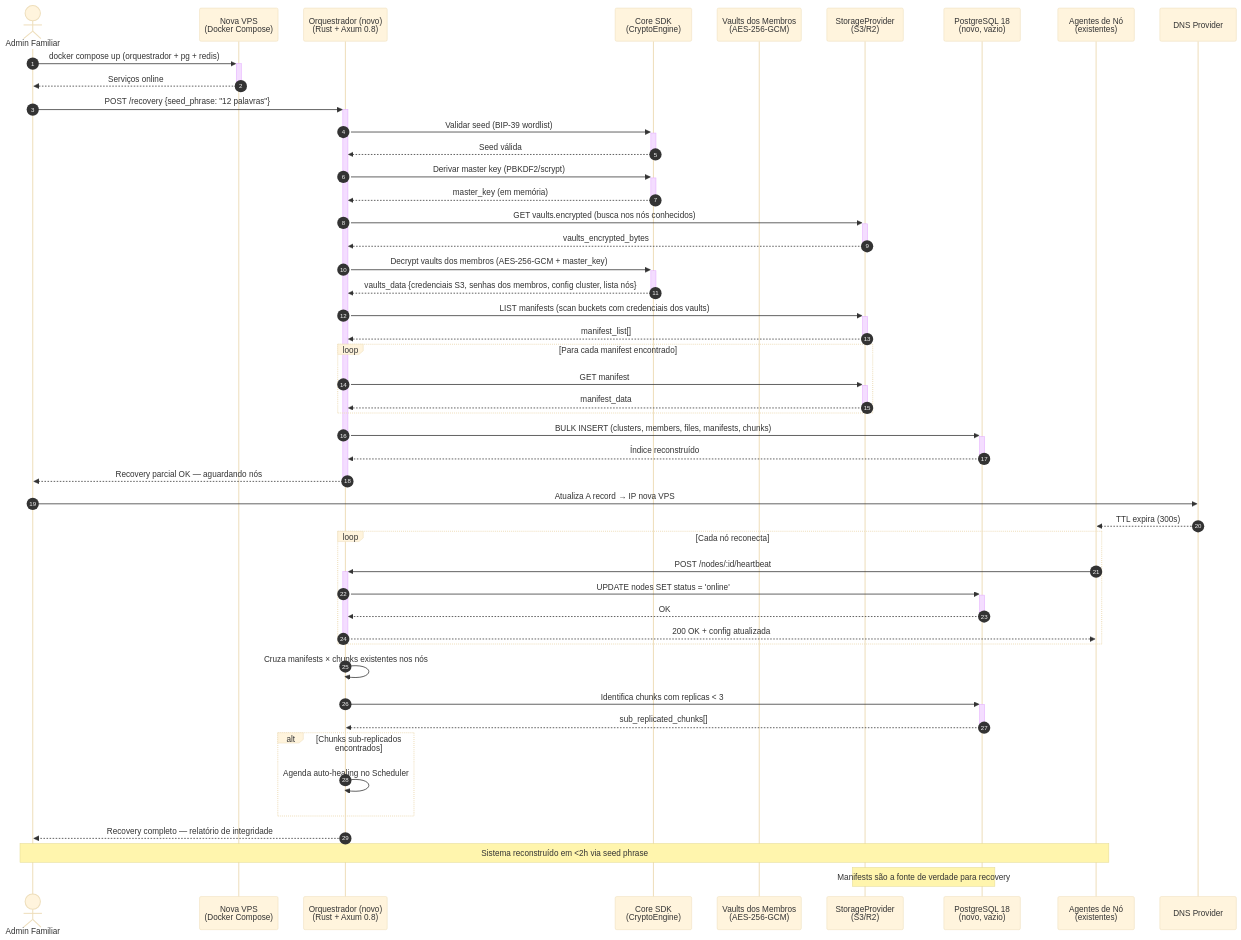
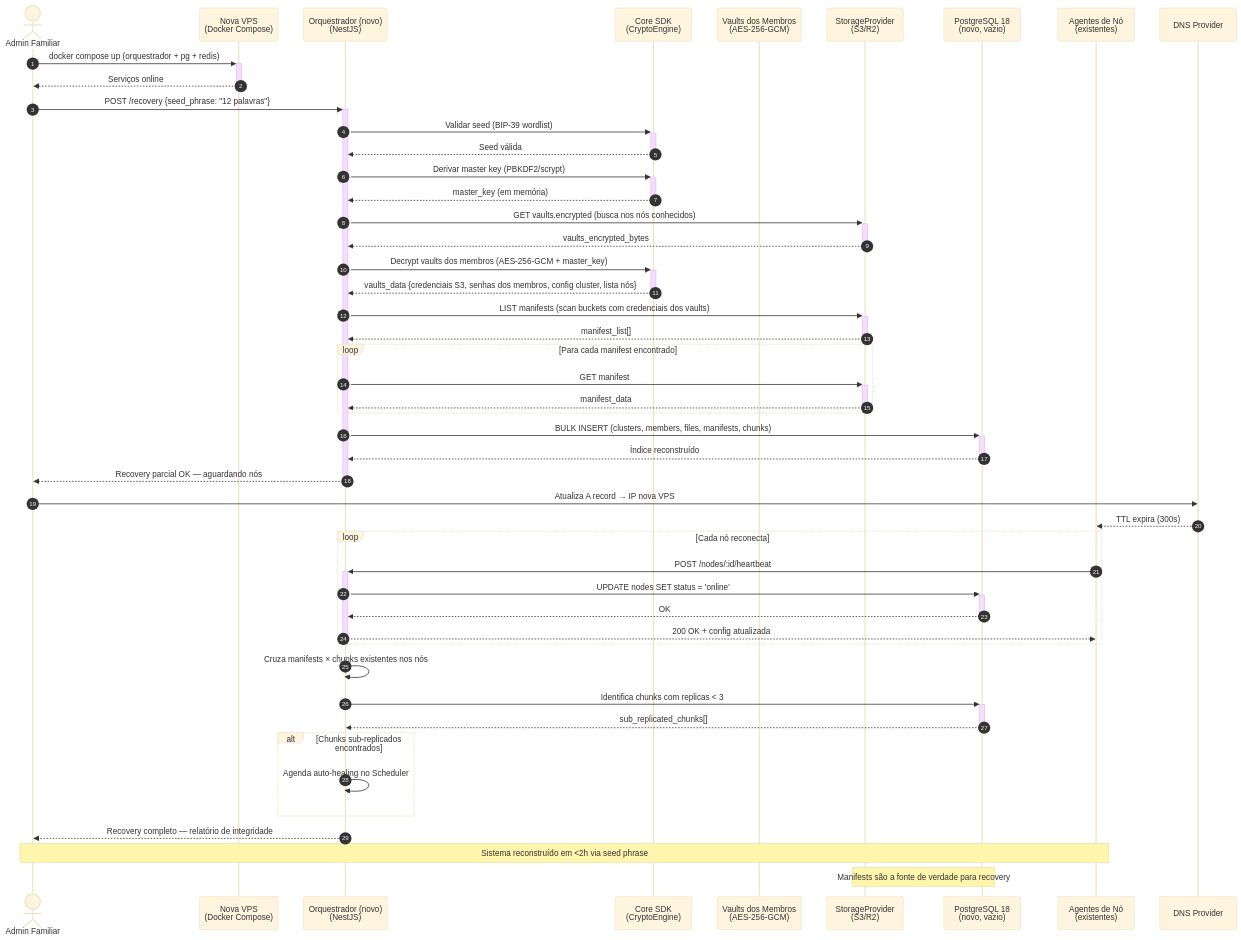
The diagram in docs/diagrams/sequences/seed-recovery.mmd (DouglasPrado/alexandria), drawn with Mermaid (base theme) before and after one commit. The commit also changed 160 other files, not shown here.

```diff
--- a/docs/diagrams/sequences/seed-recovery.mmd
+++ b/docs/diagrams/sequences/seed-recovery.mmd
@@ -1,72 +1,72 @@
 %% Fluxo: Recovery do Orquestrador via Seed Phrase
 %% Referência: docs/blueprint/07-critical_flows.md
 
 sequenceDiagram
     autonumber
 
     actor Admin as Admin Familiar
     participant VPS as Nova VPS<br/>(Docker Compose)
-    participant API as Orquestrador (novo)<br/>(Rust + Axum 0.8)
+    participant API as Orquestrador (novo)<br/>(NestJS)
     participant SDK as Core SDK<br/>(CryptoEngine)
     participant Vault as Vaults dos Membros<br/>(AES-256-GCM)
     participant S3 as StorageProvider<br/>(S3/R2)
     participant DB as PostgreSQL 18<br/>(novo, vazio)
     participant Nodes as Agentes de Nó<br/>(existentes)
     participant DNS as DNS Provider
 
     %% Setup
     Admin ->>+ VPS: docker compose up (orquestrador + pg + redis)
     VPS -->>- Admin: Serviços online
 
     %% Recovery
     Admin ->>+ API: POST /recovery {seed_phrase: "12 palavras"}
     API ->>+ SDK: Validar seed (BIP-39 wordlist)
     SDK -->>- API: Seed válida
 
     API ->>+ SDK: Derivar master key (PBKDF2/scrypt)
     SDK -->>- API: master_key (em memória)
 
     %% Vault
     API ->>+ S3: GET vaults.encrypted (busca nos nós conhecidos)
     S3 -->>- API: vaults_encrypted_bytes
 
     API ->>+ SDK: Decrypt vaults dos membros (AES-256-GCM + master_key)
     SDK -->>- API: vaults_data {credenciais S3, senhas dos membros, config cluster, lista nós}
 
     %% Rebuild
     API ->>+ S3: LIST manifests (scan buckets com credenciais dos vaults)
     S3 -->>- API: manifest_list[]
 
     loop Para cada manifest encontrado
         API ->>+ S3: GET manifest
         S3 -->>- API: manifest_data
     end
 
     API ->>+ DB: BULK INSERT (clusters, members, files, manifests, chunks)
     DB -->>- API: Índice reconstruído
     API -->>- Admin: Recovery parcial OK — aguardando nós
 
     %% DNS e reconexão
     Admin ->> DNS: Atualiza A record → IP nova VPS
     DNS -->> Nodes: TTL expira (300s)
 
     loop Cada nó reconecta
         Nodes ->>+ API: POST /nodes/:id/heartbeat
         API ->>+ DB: UPDATE nodes SET status = 'online'
         DB -->>- API: OK
         API -->>- Nodes: 200 OK + config atualizada
     end
 
     %% Validação
     API ->> API: Cruza manifests × chunks existentes nos nós
     API ->>+ DB: Identifica chunks com replicas < 3
     DB -->>- API: sub_replicated_chunks[]
 
     alt Chunks sub-replicados encontrados
         API ->> API: Agenda auto-healing no Scheduler
     end
 
     API -->> Admin: Recovery completo — relatório de integridade
 
     Note over Admin, Nodes: Sistema reconstruído em <2h via seed phrase
     Note over S3, DB: Manifests são a fonte de verdade para recovery
```
